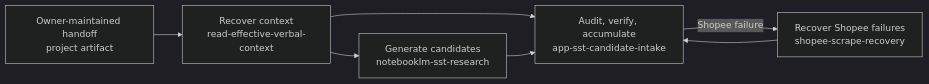
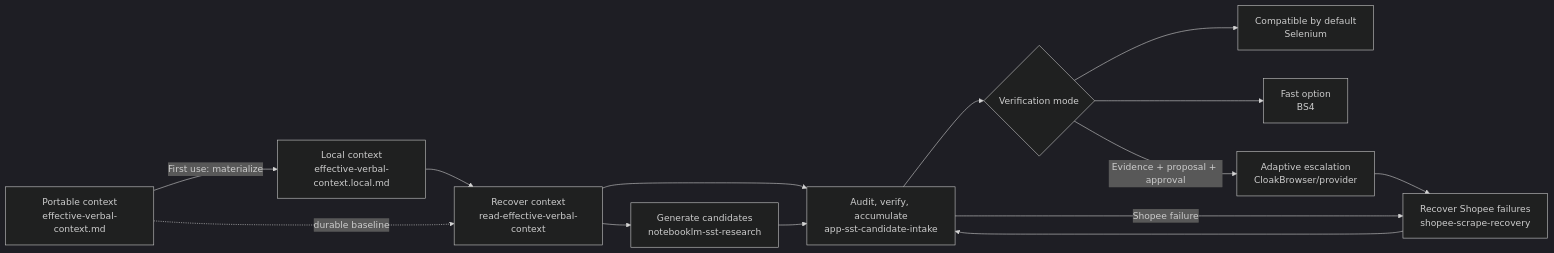
Before and after one commit to thienan092/data-phinter: the diagram in plugins/data-phinter-workflows/references/overview.md, drawn with Mermaid (dark theme). The commit also changed other lines of this file and 30 other files, not shown here.

Commit message:
Finalize portable context and cross-agent workflow support

````diff
--- a/plugins/data-phinter-workflows/references/overview.md
+++ b/plugins/data-phinter-workflows/references/overview.md
@@ -6,15 +6,27 @@
 ```mermaid
 flowchart LR
-    H[Owner-maintained handoff<br/>project artifact]
+    P[Portable context<br/>effective-verbal-context.md]
+    L[Local context<br/>effective-verbal-context.local.md]
     C[Recover context<br/>read-effective-verbal-context]
     G[Generate candidates<br/>notebooklm-sst-research]
     A[Audit, verify, accumulate<br/>app-sst-candidate-intake]
     S[Recover Shopee failures<br/>shopee-scrape-recovery]
+    M{Verification mode}
+    D[Compatible by default<br/>Selenium]
+    F[Fast option<br/>BS4]
+    X[Adaptive escalation<br/>CloakBrowser/provider]
 
-    H --> C
+    P -->|First use: materialize| L
+    L --> C
+    P -. durable baseline .-> C
     C --> G
     C --> A
     G --> A
+    A --> M
+    M --> D
+    M --> F
+    M -->|Evidence + proposal + approval| X
+    X --> S
     A -->|Shopee failure| S
     S --> A
 ```
````
